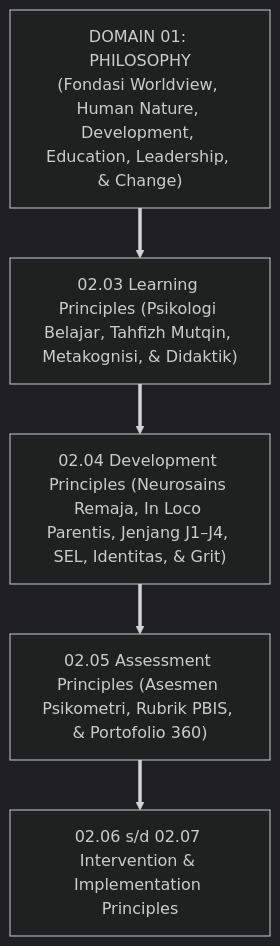
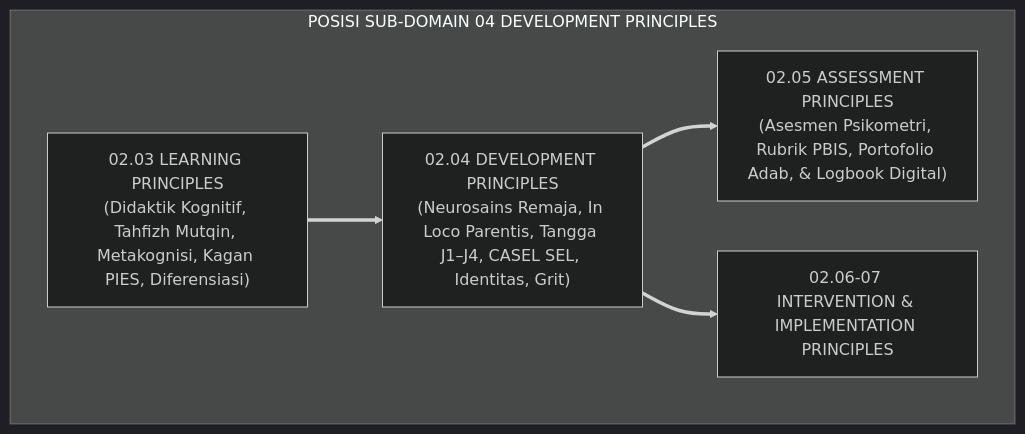
One commit to wandiapriliyandi/tumbuh changed the first of 3 diagrams in 02 Principles/04 Development Principles/P2-04-Prinsip-Perkembangan-Santri-TUMBUH.md. Above: the diagram before and after it, drawn with Mermaid (dark theme). The commit also changed other lines of this file and 7 other files, not shown here.

Commit message:
docs(principles): reconstruct all 04 Development Principles monographs to pure academic standard

````diff
--- a/02 Principles/04 Development Principles/P2-04-Prinsip-Perkembangan-Santri-TUMBUH.md
+++ b/02 Principles/04 Development Principles/P2-04-Prinsip-Perkembangan-Santri-TUMBUH.md
@@ -50,11 +54,10 @@
 ```mermaid
-graph TD
-    D1["DOMAIN 01: PHILOSOPHY<br/>(Fondasi Worldview, Human Nature, Development, Education, Leadership, & Change)"]
-    ==> D2_03["02.03 Learning Principles (Psikologi Belajar, Tahfizh Mutqin, Metakognisi, & Didaktik)"]
-    
-    D2_03 ==> D2_04["02.04 Development Principles (Neurosains Remaja, In Loco Parentis, Jenjang J1–J4, SEL, Identitas, & Grit)"]
-    
-    D2_04 ==> D2_05["02.05 Assessment Principles (Asesmen Psikometri, Rubrik PBIS, & Portofolio 360)"]
-    
-    D2_05 ==> D2_Others["02.06 s/d 02.07 Intervention & Implementation Principles"]
+flowchart TD
+    subgraph PosisiDevelopmentPrinciplesTUMBUH["POSISI SUB-DOMAIN 04 DEVELOPMENT PRINCIPLES"]
+        D2_03["02.03 LEARNING PRINCIPLES<br/>(Didaktik Kognitif, Tahfizh Mutqin, Metakognisi, Kagan PIES, Diferensiasi)"]
+        ==> D2_04["02.04 DEVELOPMENT PRINCIPLES<br/>(Neurosains Remaja, In Loco Parentis, Tangga J1–J4, CASEL SEL, Identitas, Grit)"]
+        
+        D2_04 ==> D2_05["02.05 ASSESSMENT PRINCIPLES<br/>(Asesmen Psikometri, Rubrik PBIS, Portofolio Adab, & Logbook Digital)"]
+        D2_04 ==> D2_06_07["02.06-07 INTERVENTION & IMPLEMENTATION PRINCIPLES"]
+    end
 ```
````
